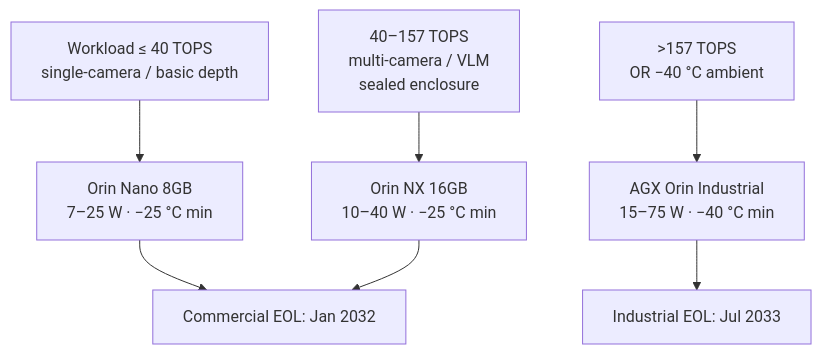
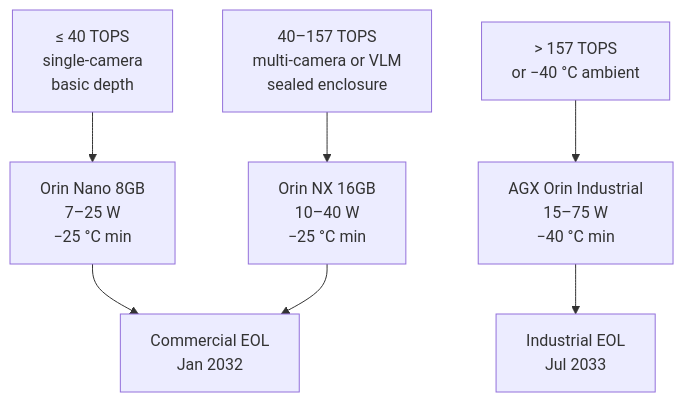
Before and after one commit to TacTun/brain4machinery-website: the first of 2 diagrams in src/content/guides/custom-jetson-carrier-board-design.mdx, drawn with Mermaid. The commit also changed other lines of this file and 4 other files, not shown here.

First line of the commit message:
fix(guides): mermaid clipping, missing image, copy + favicon

````diff
--- a/src/content/guides/custom-jetson-carrier-board-design.mdx
+++ b/src/content/guides/custom-jetson-carrier-board-design.mdx
@@ -72,9 +72,9 @@
 ```mermaid
 flowchart TD
-    A["Workload ≤ 40 TOPS<br/>single-camera / basic depth"] --> B["Orin Nano 8GB<br/>7–25 W · −25 °C min"]
-    C["40–157 TOPS<br/>multi-camera / VLM<br/>sealed enclosure"] --> D["Orin NX 16GB<br/>10–40 W · −25 °C min"]
-    E[">157 TOPS<br/>OR −40 °C ambient"] --> F["AGX Orin Industrial<br/>15–75 W · −40 °C min"]
-    B --> G["Commercial EOL: Jan 2032"]
+    A["≤ 40 TOPS<br/>single-camera<br/>basic depth"] --> B["Orin Nano 8GB<br/>7–25 W<br/>−25 °C min"]
+    C["40–157 TOPS<br/>multi-camera or VLM<br/>sealed enclosure"] --> D["Orin NX 16GB<br/>10–40 W<br/>−25 °C min"]
+    E["&gt; 157 TOPS<br/>or −40 °C ambient"] --> F["AGX Orin Industrial<br/>15–75 W<br/>−40 °C min"]
+    B --> G["Commercial EOL<br/>Jan 2032"]
     D --> G
-    F --> H["Industrial EOL: Jul 2033"]
+    F --> H["Industrial EOL<br/>Jul 2033"]
 ```
````
